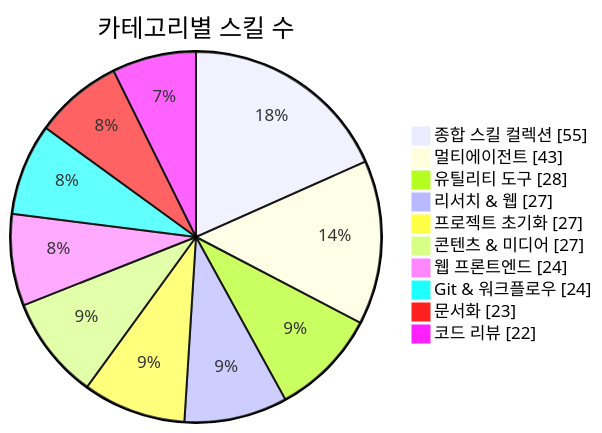
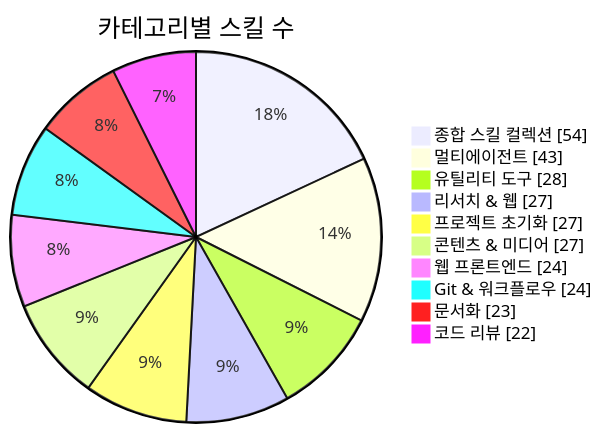
The first of 3 diagrams in README.md (J-nowcow/awesome-korean-agent-skills), drawn with Mermaid before and after one commit. The commit also changed other lines of this file and 27 other files, not shown here.

````diff
--- a/README.md
+++ b/README.md
@@ -176,14 +176,14 @@
 ```mermaid
 pie showData
     title 카테고리별 스킬 수
-    "종합 스킬 컬렉션" : 55
+    "종합 스킬 컬렉션" : 54
     "멀티에이전트" : 43
     "유틸리티 도구" : 28
     "리서치 & 웹" : 27
     "프로젝트 초기화" : 27
     "콘텐츠 & 미디어" : 27
     "웹 프론트엔드" : 24
     "Git & 워크플로우" : 24
     "문서화" : 23
     "코드 리뷰" : 22
 ```
````
